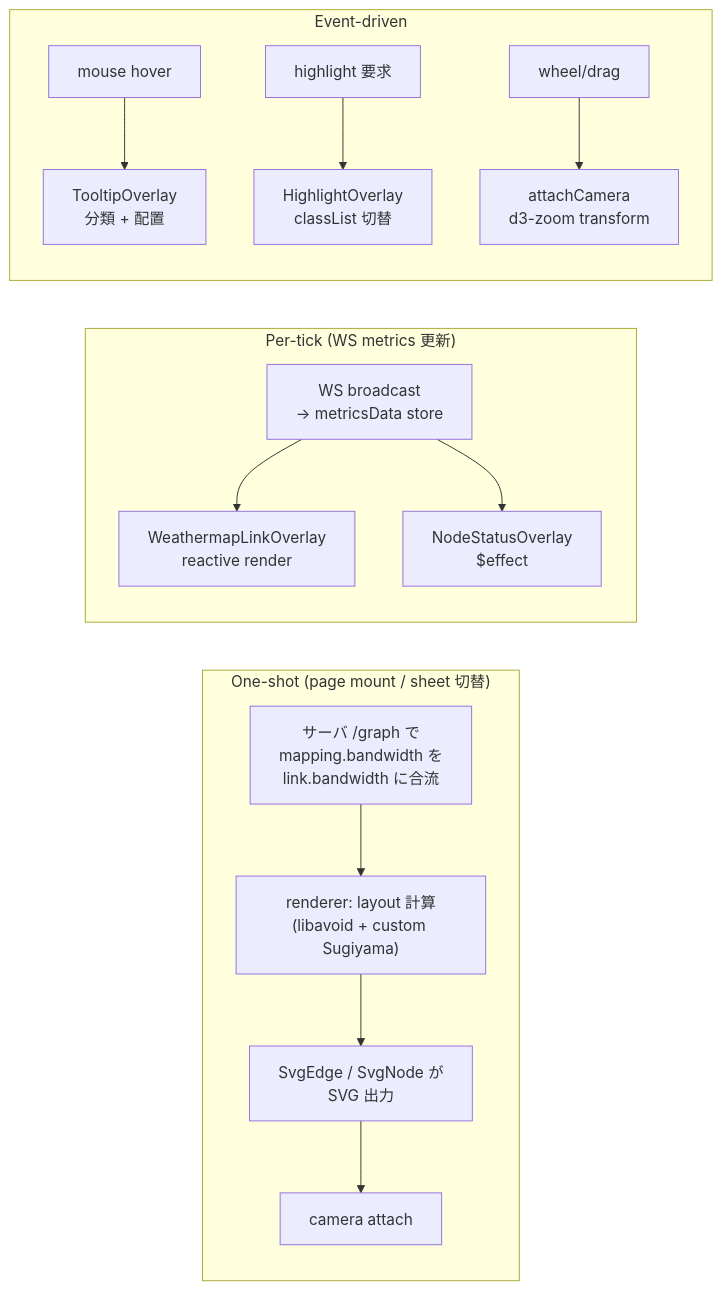
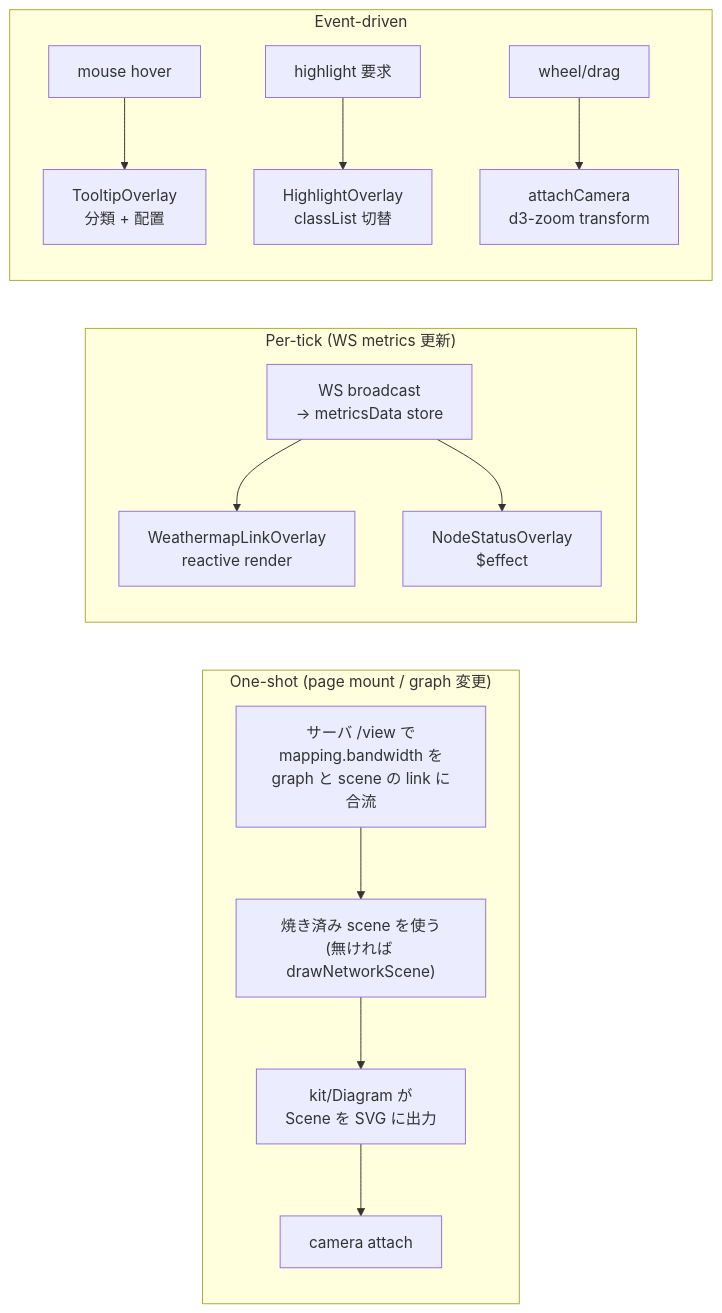
One commit to konoe-akitoshi/shumoku changed the sixth of 6 diagrams in apps/server/docs/topology-rendering.md. Above: the diagram before and after it, drawn with Mermaid. The commit also changed other lines of this file and 10 other files, not shown here.

````diff
--- a/apps/server/docs/topology-rendering.md
+++ b/apps/server/docs/topology-rendering.md
@@ -562,27 +549,27 @@
 ```mermaid
 flowchart LR
-  subgraph ONESHOT["One-shot (page mount / sheet 切替)"]
+  subgraph ONESHOT["One-shot (page mount / graph 変更)"]
     direction TB
-    G1["サーバ /graph で<br/>mapping.bandwidth を<br/>link.bandwidth に合流"]
-    G2["renderer: layout 計算<br/>(libavoid + custom Sugiyama)"]
-    G3["SvgEdge / SvgNode が<br/>SVG 出力"]
+    G1["サーバ /view で<br/>mapping.bandwidth を<br/>graph と scene の link に合流"]
+    G2["焼き済み scene を使う<br/>(無ければ drawNetworkScene)"]
+    G3["kit/Diagram が<br/>Scene を SVG に出力"]
     G4["camera attach"]
     G1 --> G2 --> G3 --> G4
   end
 
   subgraph TICK["Per-tick (WS metrics 更新)"]
     direction TB
     T1["WS broadcast<br/>→ metricsData store"]
     T2A["WeathermapLinkOverlay<br/>reactive render"]
     T2B["NodeStatusOverlay<br/>$effect"]
     T1 --> T2A
     T1 --> T2B
   end
 
   subgraph EVENT["Event-driven"]
     direction TB
     E1["mouse hover"] --> E2["TooltipOverlay<br/>分類 + 配置"]
     E3["highlight 要求"] --> E4["HighlightOverlay<br/>classList 切替"]
     E5["wheel/drag"] --> E6["attachCamera<br/>d3-zoom transform"]
   end
 ```
````
